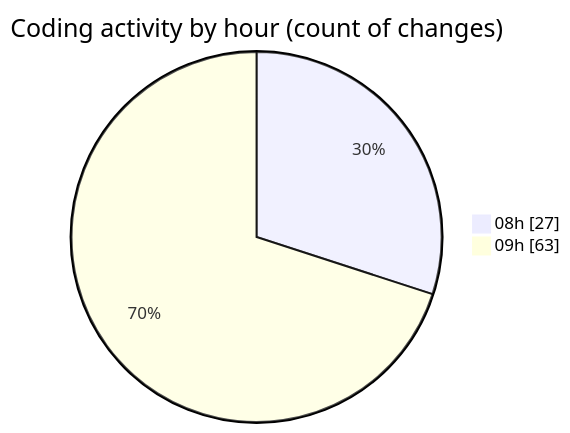
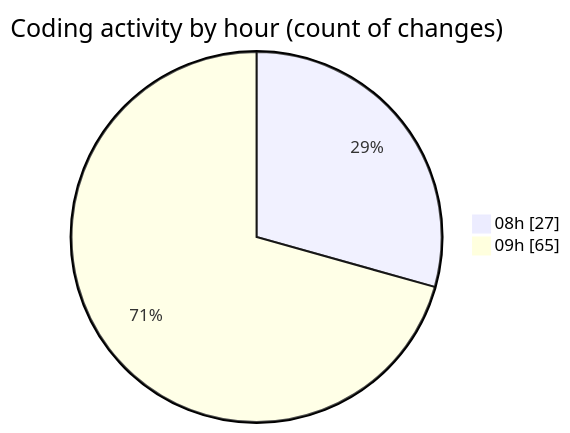
One commit to ernivani/code-tracking changed the second of 2 diagrams in 2025-01-03/nextjs-webllm/README.md. Above: the diagram before and after it, drawn with Mermaid. The commit also changed other lines of this file and 5 other files, not shown here.

````diff
--- a/2025-01-03/nextjs-webllm/README.md
+++ b/2025-01-03/nextjs-webllm/README.md
@@ -58,6 +58,6 @@
 ```mermaid
 pie showData
 title Coding activity by hour (count of changes)
 "08h" : 27
-"09h" : 63
+"09h" : 65
 ```
````
